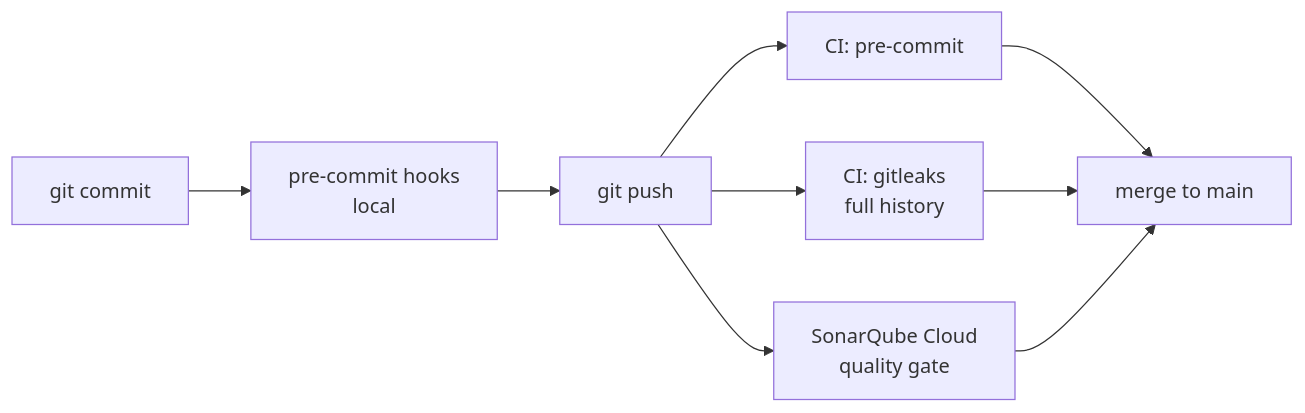
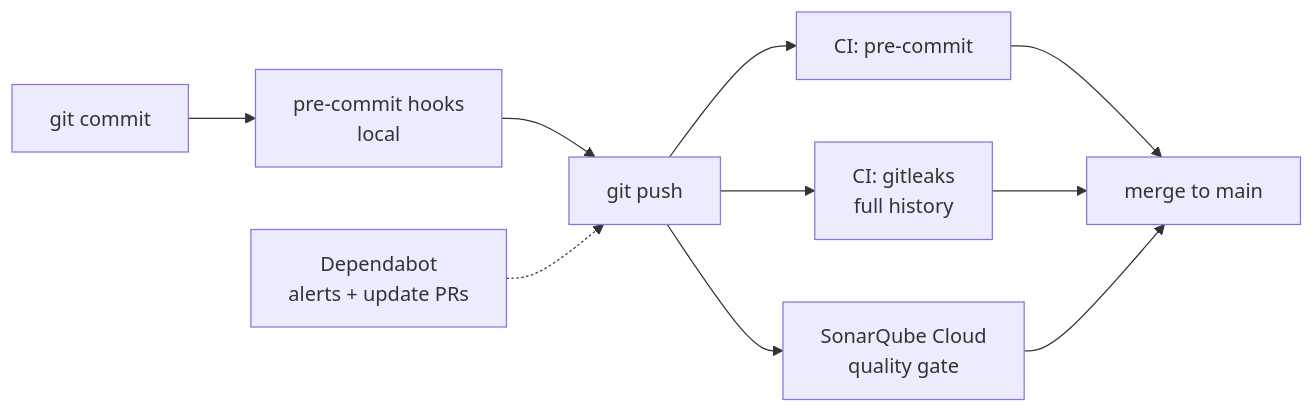
One commit to mikronixx/move-in changed the diagram in SHIFT_LEFT_SECURITY_README.md. Above: the diagram before and after it, drawn with Mermaid. The commit also changed other lines of this file and 7 other files, not shown here.

````diff
--- a/SHIFT_LEFT_SECURITY_README.md
+++ b/SHIFT_LEFT_SECURITY_README.md
@@ -11,9 +11,10 @@
 ```mermaid
 flowchart LR
     A[git commit] --> B[pre-commit hooks<br/>local]
     B --> C[git push]
     C --> D[CI: pre-commit]
     C --> E[CI: gitleaks<br/>full history]
     C --> F[SonarQube Cloud<br/>quality gate]
+    H[Dependabot<br/>alerts + update PRs] -.-> C
     D & E & F --> G[merge to main]
 ```
````
